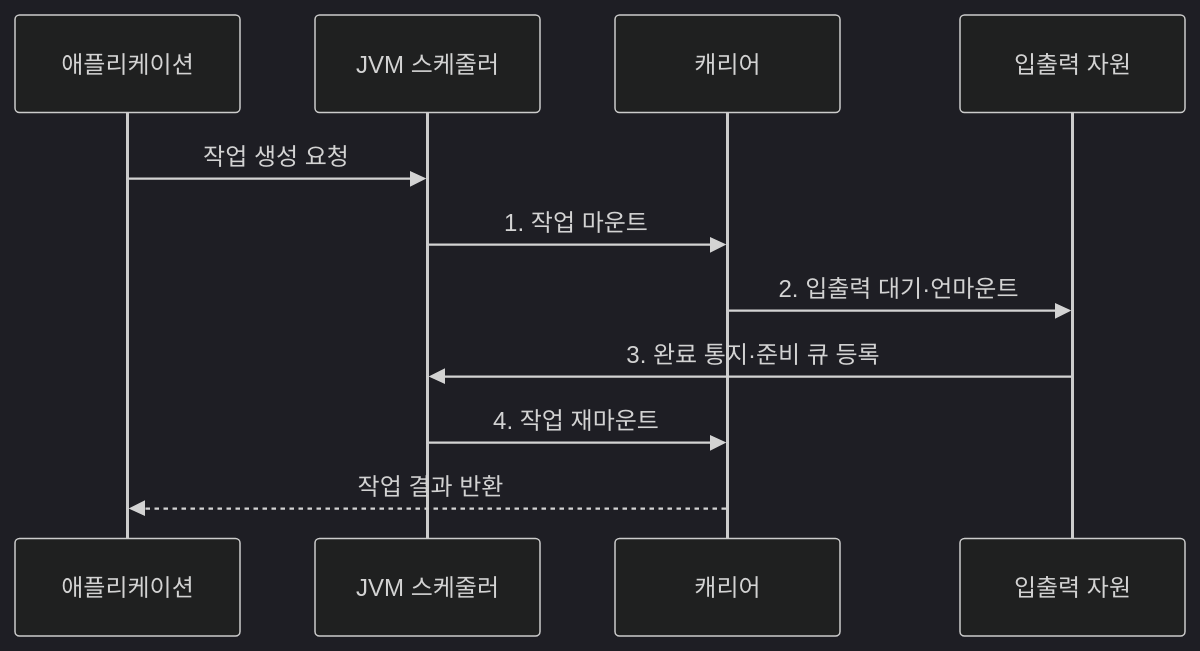
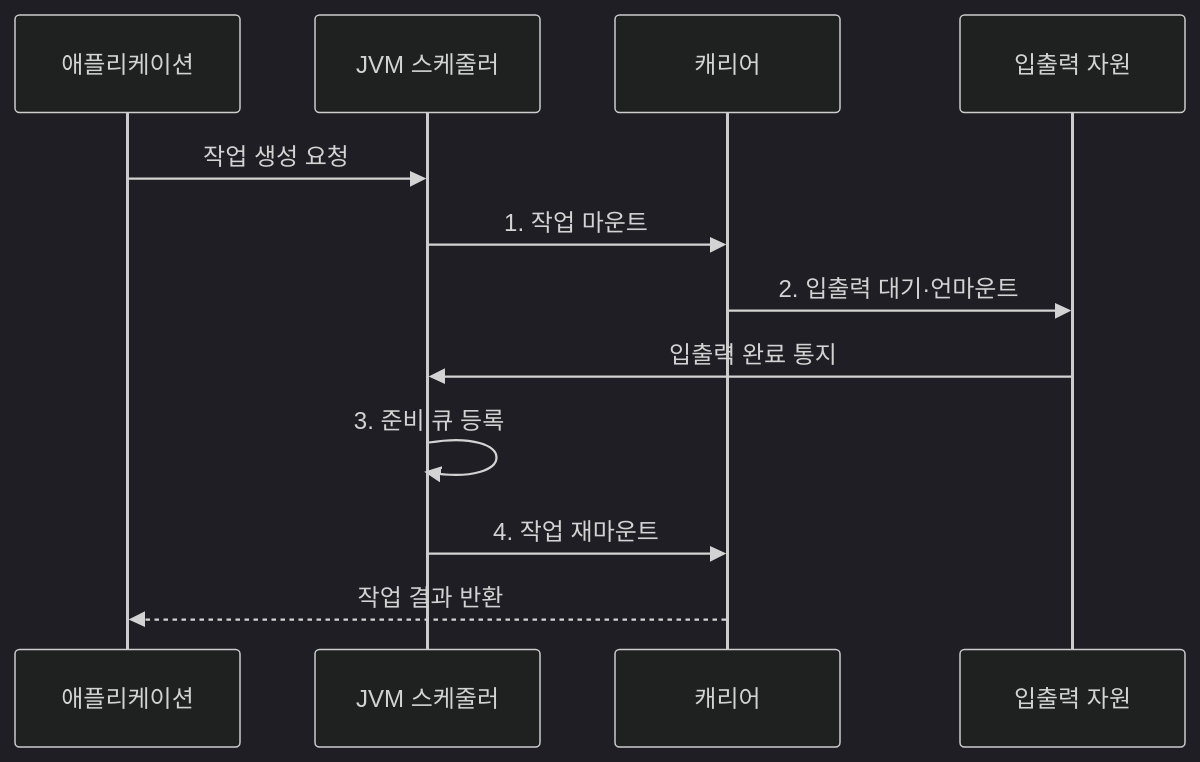
The second of 2 diagrams in src/content/docs/notes/08-latest-tech/167_virtual_thread.md (agnusdei1207/knowledge-base), drawn with Mermaid (dark theme) before and after one commit. The commit also changed other lines of this file and 9 other files, not shown here.

````diff
--- a/src/content/docs/notes/08-latest-tech/167_virtual_thread.md
+++ b/src/content/docs/notes/08-latest-tech/167_virtual_thread.md
@@ -80,13 +80,14 @@
 ```mermaid
 sequenceDiagram
   participant A as 애플리케이션
   participant S as JVM 스케줄러
   participant C as 캐리어
   participant I as 입출력 자원
   A->>S: 작업 생성 요청
   S->>C: 1. 작업 마운트
   C->>I: 2. 입출력 대기·언마운트
-  I->>S: 3. 완료 통지·준비 큐 등록
+  I->>S: 입출력 완료 통지
+  S->>S: 3. 준비 큐 등록
   S->>C: 4. 작업 재마운트
   C-->>A: 작업 결과 반환
 ```
````
